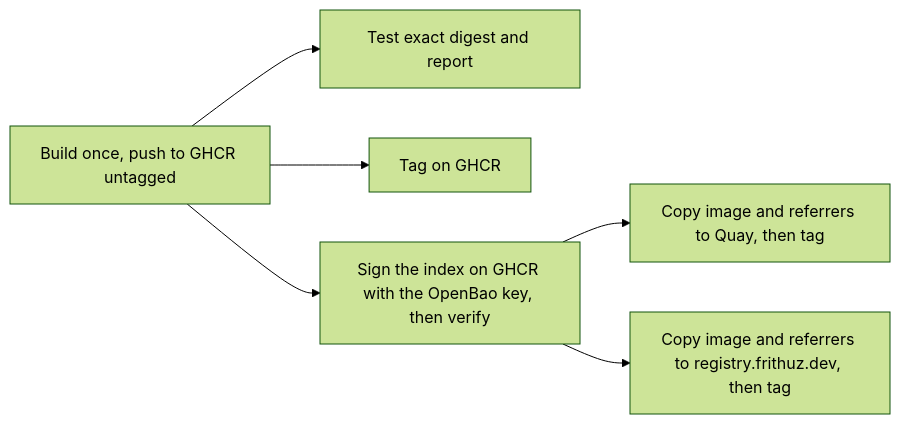
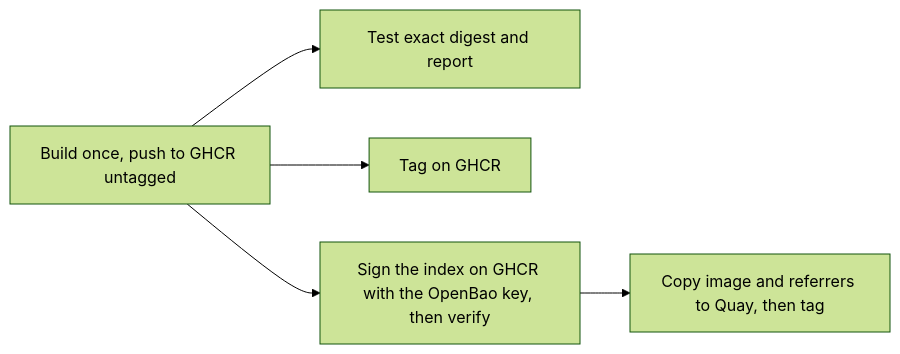
Before and after one commit to frithuz/devcontainer: the diagram in docs/maintenance.md, drawn with Mermaid (forest theme). The commit also changed other lines of this file and 10 other files, not shown here.

First line of the commit message:
all: stop promoting to registry.frithuz.dev

````diff
--- a/docs/maintenance.md
+++ b/docs/maintenance.md
@@ -87,8 +86,7 @@
 ```mermaid
 flowchart LR
   build[Build once, push to GHCR untagged] --> verify[Test exact digest and report]
   build --> taggh[Tag on GHCR]
   build --> sign[Sign the index on GHCR with the OpenBao key, then verify]
   sign --> promote[Copy image and referrers to Quay, then tag]
-  sign --> promotefrz[Copy image and referrers to registry.frithuz.dev, then tag]
 ```
````
